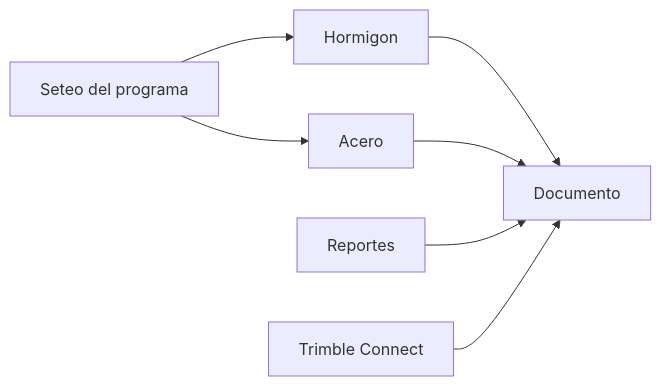
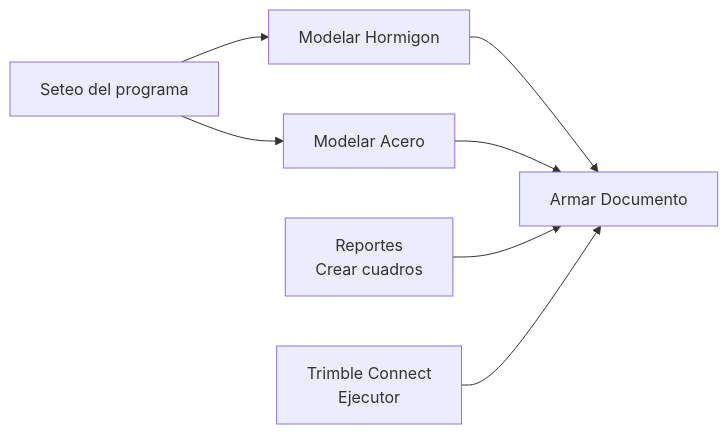
One commit to agustdiez/tekla-structures-hyt changed the first of 2 diagrams in docs/index.md. Above: the diagram before and after it, drawn with Mermaid. The commit also changed other lines of this file, not shown here.

Commit message:
agregado mermaid al inicio

````diff
--- a/docs/index.md
+++ b/docs/index.md
@@ -29,13 +29,15 @@
 ```mermaid
 graph LR
-    A[Seteo del programa] --> B[Hormigon]
-    A --> C[Acero]
-    B --> D[Documento]
+    A[Seteo del programa] --> B[Modelar Hormigon]
+    A --> C[Modelar Acero]
+    B --> D[Armar Documento]
     C --> D
-    E[Reportes] --> D
-    F[Trimble Connect] --> D
+    E[Reportes \n Crear cuadros] --> D
+    F[Trimble Connect\n Ejecutor] --> D
     click A href "./setup/index.html"
-    click B href "./modulo1.html"
-    click C href "./modulo2.html"
-    click D href "./resultado.html"
+    click B href "./hormigon/index.md"
+    click C href "./acero/index.md"
+    click D href "./dibujo/index.md"
+    click E href "./reportes/ejemplos_cuadros.md"
+    click F href "./connect/connect-ejecutor.md"
 ```
````
